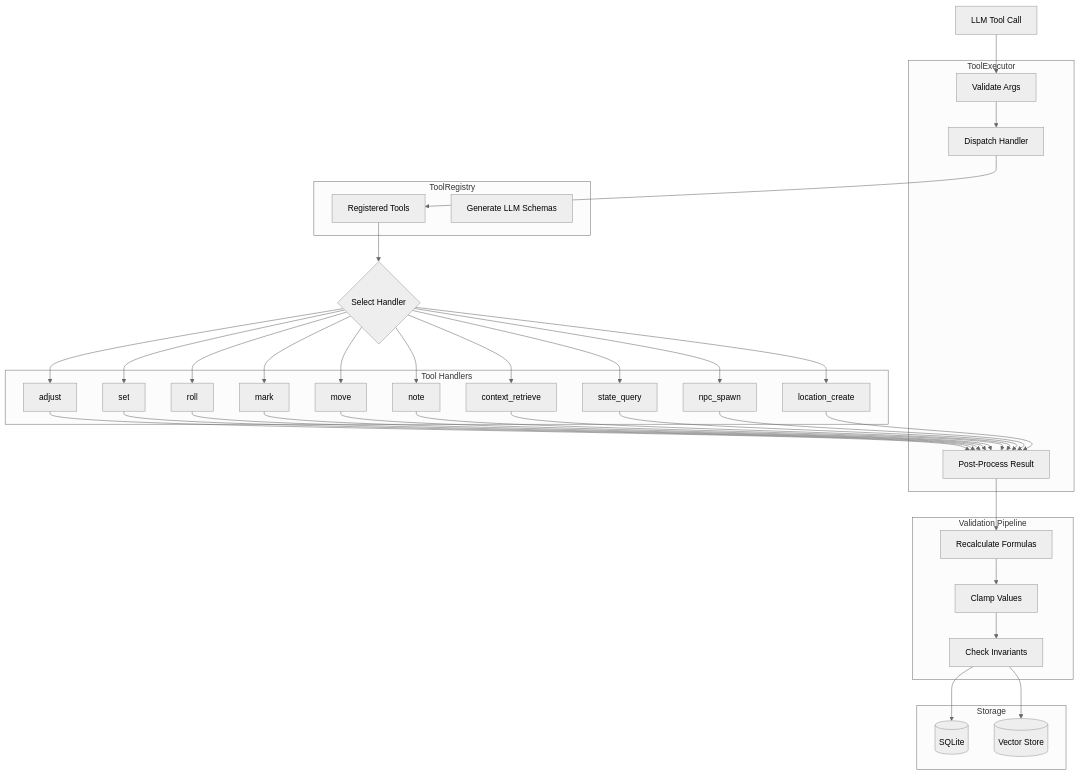
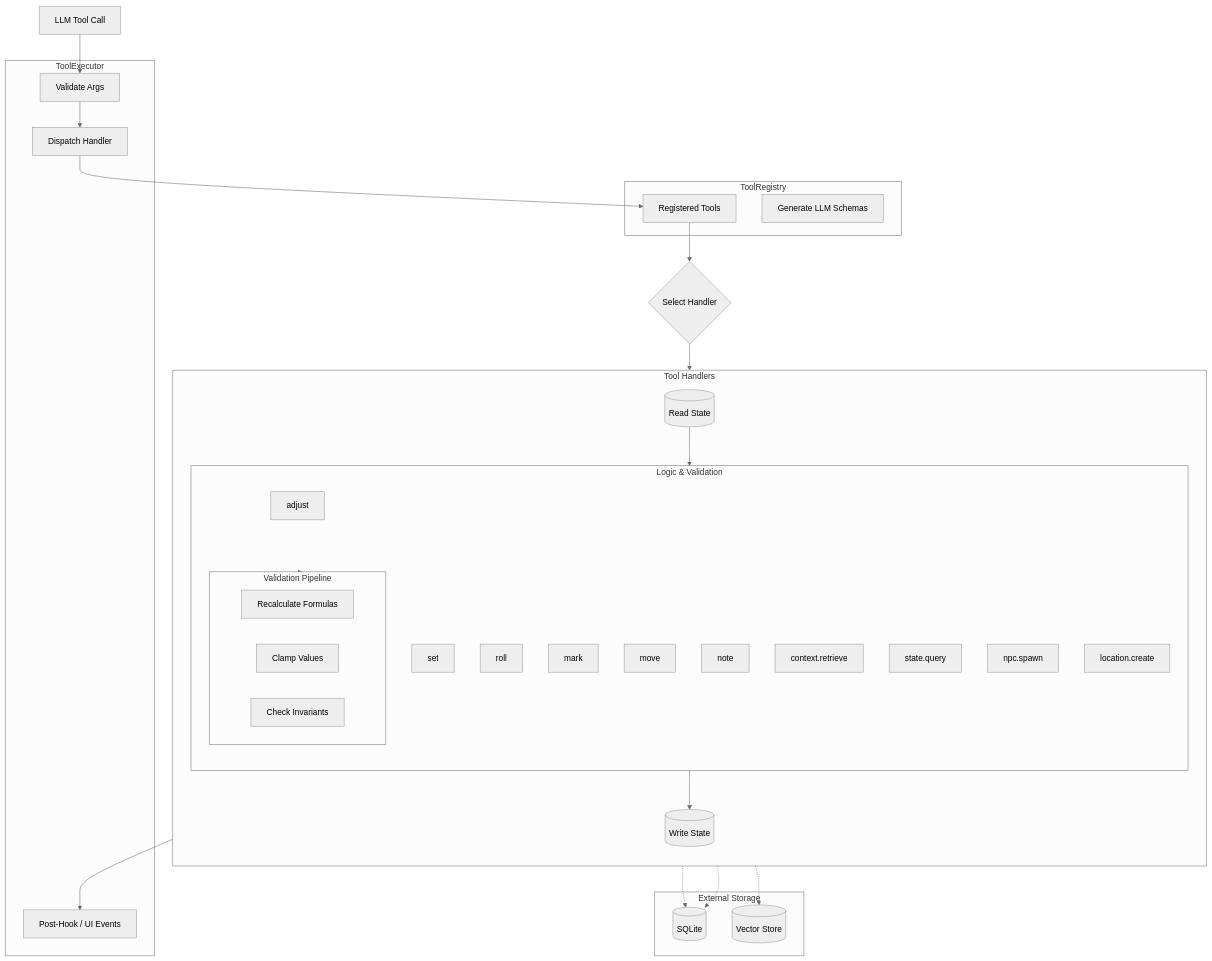
The fourth of 8 diagrams in docs/architecture-flows.md (ThiagoRibas-dev/ai_rpg), drawn with Mermaid (neutral theme) before and after one commit. The commit also changed other lines of this file and 11 other files, not shown here.

````diff
--- a/docs/architecture-flows.md
+++ b/docs/architecture-flows.md
@@ -168,70 +171,62 @@
 ```mermaid
 graph TB
     subgraph ToolRegistry["ToolRegistry"]
         ToolList[Registered Tools]
         SchemaGen[Generate LLM Schemas]
     end
 
     subgraph ToolExecutor["ToolExecutor"]
         Validate[Validate Args]
         Dispatch[Dispatch Handler]
-        PostProcess[Post-Process Result]
+        PostHook[Post-Hook / UI Events]
     end
 
     subgraph Handlers["Tool Handlers"]
-        Adjust[adjust]
-        Set_[set]
-        Roll[roll]
-        Mark[mark]
-        Move[move]
-        Note[note]
-        ContextRet[context_retrieve]
-        StateQuery[state_query]
-        NpcSpawn[npc_spawn]
-        LocCreate[location_create]
+        direction TB
+        ReadDB[(Read State)]
+        
+        subgraph Logic["Logic & Validation"]
+            direction TB
+            Adjust[adjust]
+            Set_[set]
+            Roll[roll]
+            Mark[mark]
+            Move[move]
+            Note[note]
+            ContextRet["context.retrieve"]
+            StateQuery["state.query"]
+            NpcSpawn["npc.spawn"]
+            LocCreate["location.create"]
+            
+            subgraph Validation["Validation Pipeline"]
+                Formulas["Recalculate Formulas"]
+                Clamp["Clamp Values"]
+                Invariants["Check Invariants"]
+            end
+        end
+        
+        WriteDB[(Write State)]
     end
 
-    subgraph Validation["Validation Pipeline"]
-        Formulas[Recalculate Formulas]
-        Clamp[Clamp Values]
-        Invariants[Check Invariants]
-    end
-
-    subgraph Storage["Storage"]
+    subgraph Storage["External Storage"]
         DB[(SQLite)]
         VS[(Vector Store)]
     end
 
     LLMCall[LLM Tool Call] --> Validate
     Validate --> Dispatch
     Dispatch --> ToolList
     ToolList --> HandlerSelect{Select Handler}
     
-    HandlerSelect --> Adjust
-    HandlerSelect --> Set_
-    HandlerSelect --> Roll
-    HandlerSelect --> Mark
-    HandlerSelect --> Move
-    HandlerSelect --> Note
-    HandlerSelect --> ContextRet
-    HandlerSelect --> StateQuery
-    HandlerSelect --> NpcSpawn
-    HandlerSelect --> LocCreate
-
-    Adjust --> PostProcess
-    Set_ --> PostProcess
-    Roll --> PostProcess
-    Mark --> PostProcess
-    Move --> PostProcess
-    Note --> PostProcess
-    ContextRet --> PostProcess
-    StateQuery --> PostProcess
-    NpcSpawn --> PostProcess
-    LocCreate --> PostProcess
-
-    PostProcess --> Formulas
-    Formulas --> Clamp
-    Clamp --> Invariants
-    Invariants --> DB
-    Invariants --> VS
+    HandlerSelect --> ReadDB
+    ReadDB -.-> DB
+    
+    ReadDB --> Logic
+    Logic --> Validation
+    Validation --> WriteDB
+    
+    WriteDB -.-> DB
+    WriteDB -.-> VS
+    
+    WriteDB --> PostHook
 ```
````
